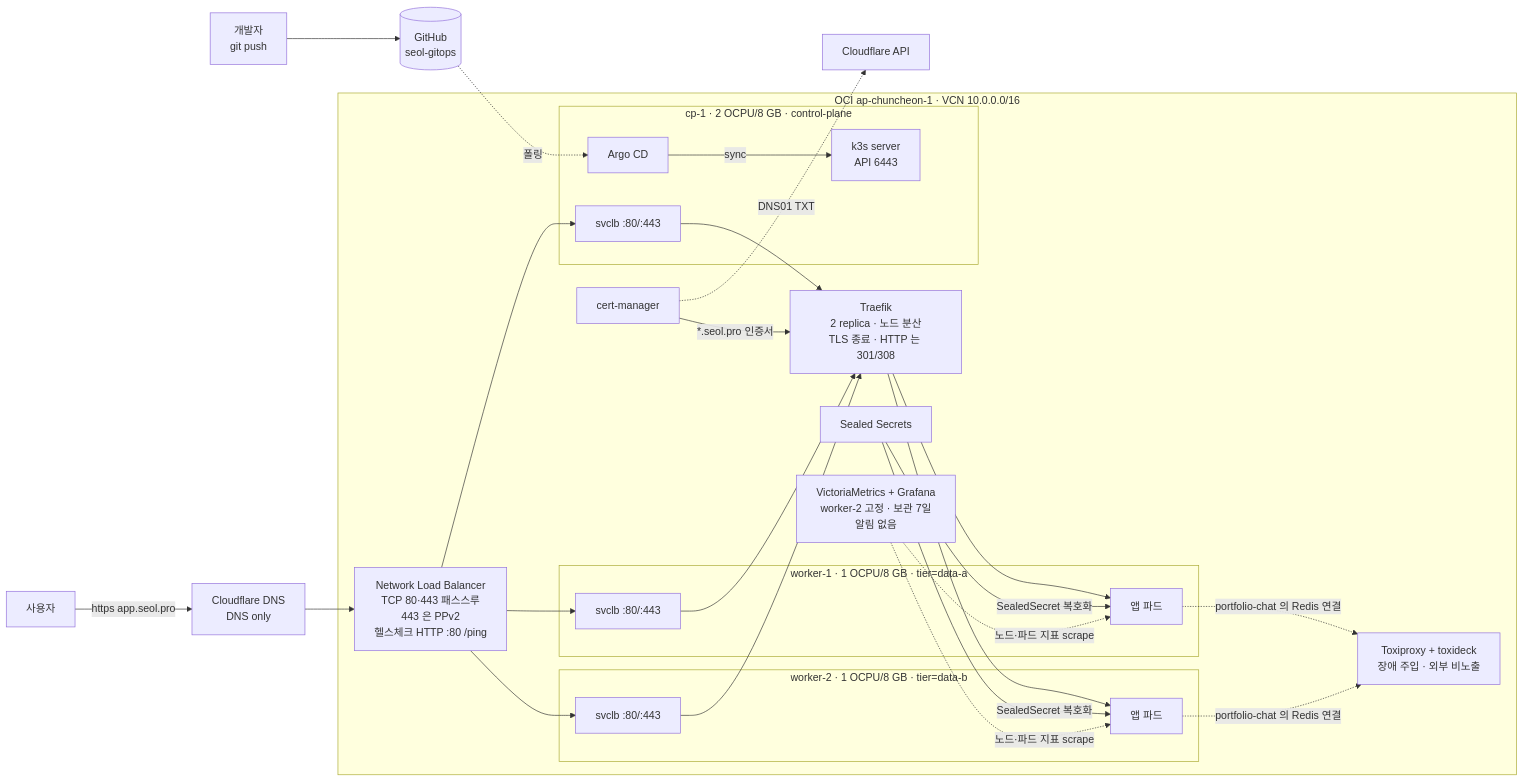
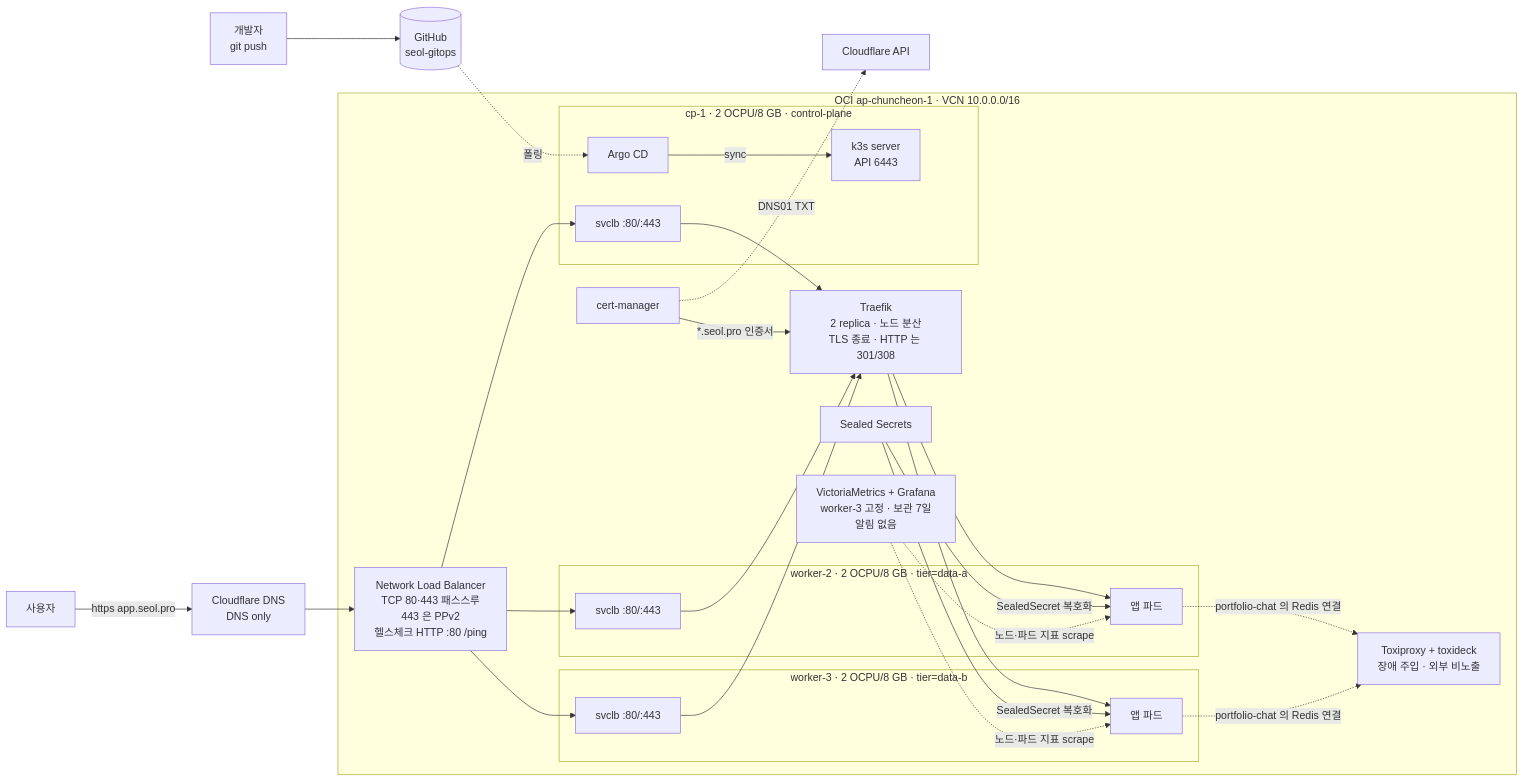
One commit to Seol-JY/seol-gitops changed the diagram in README.md. Above: the diagram before and after it, drawn with Mermaid. The commit also changed other lines of this file and 1 other file, not shown here.

Commit message:
docs: 워커 노드 이름과 2 코어 사양 반영

````diff
--- a/README.md
+++ b/README.md
@@ -7,37 +7,37 @@
 ```mermaid
 flowchart LR
   dev[개발자<br/>git push] --> gh[(GitHub<br/>seol-gitops)]
   gh -.폴링.-> argocd
 
   subgraph oci[OCI ap-chuncheon-1 · VCN 10.0.0.0/16]
     nlb[Network Load Balancer<br/>TCP 80·443 패스스루<br/>443 은 PPv2<br/>헬스체크 HTTP :80 /ping]
     subgraph cp[cp-1 · 2 OCPU/8 GB · control-plane]
       api[k3s server<br/>API 6443]
       argocd[Argo CD]
       svclb1[svclb :80/:443]
     end
-    subgraph w1[worker-1 · 1 OCPU/8 GB · tier=data-a]
+    subgraph w1[worker-2 · 2 OCPU/8 GB · tier=data-a]
       svclb2[svclb :80/:443]
       apps1[앱 파드]
     end
-    subgraph w2[worker-2 · 1 OCPU/8 GB · tier=data-b]
+    subgraph w2[worker-3 · 2 OCPU/8 GB · tier=data-b]
       svclb3[svclb :80/:443]
       apps2[앱 파드]
     end
     traefik[Traefik<br/>2 replica · 노드 분산<br/>TLS 종료 · HTTP 는 301/308]
     cm[cert-manager]
     ss[Sealed Secrets]
-    vm[VictoriaMetrics + Grafana<br/>worker-2 고정 · 보관 7일<br/>알림 없음]
+    vm[VictoriaMetrics + Grafana<br/>worker-3 고정 · 보관 7일<br/>알림 없음]
     tp[Toxiproxy + toxideck<br/>장애 주입 · 외부 비노출]
   end
 
   argocd -->|sync| api
   user[사용자] -->|https app.seol.pro| cf[Cloudflare DNS<br/>DNS only]
   cf --> nlb
   nlb --> svclb1 & svclb2 & svclb3 --> traefik --> apps1 & apps2
   cm -.DNS01 TXT.-> cfapi[Cloudflare API]
   cm -->|*.seol.pro 인증서| traefik
   ss -->|SealedSecret 복호화| apps1 & apps2
   vm -. 노드·파드 지표 scrape .-> apps1 & apps2
   apps1 & apps2 -. portfolio-chat 의 Redis 연결 .-> tp
 ```
````
